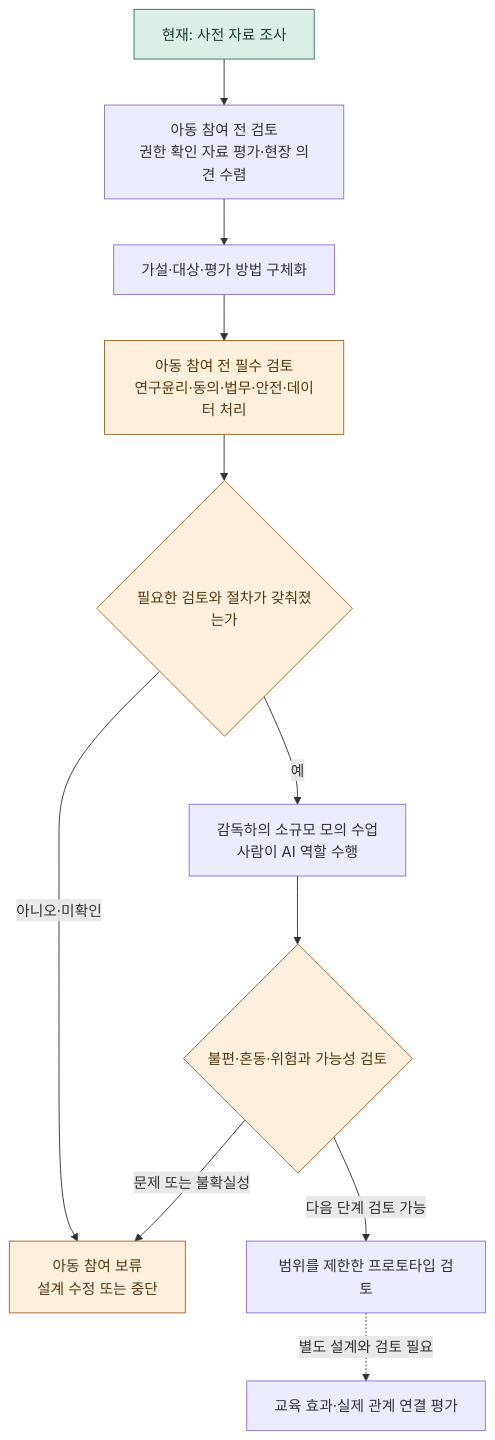
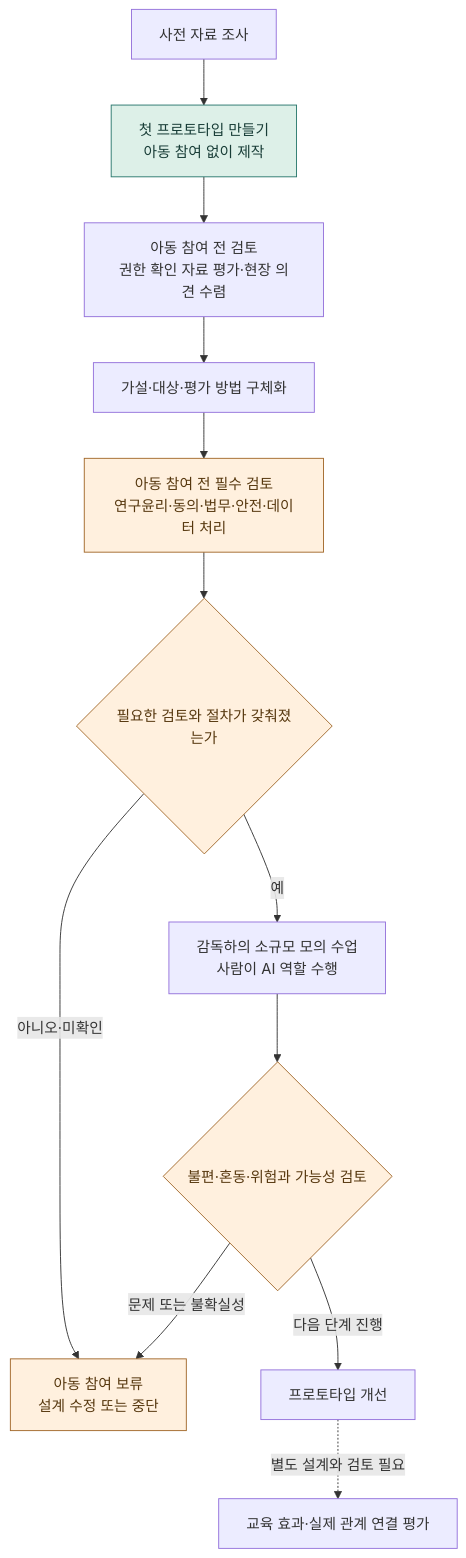
One commit to Nuung/seoro-class changed the diagram in docs/validation-roadmap.md. Above: the diagram before and after it, drawn with Mermaid. The commit also changed other lines of this file and 6 other files, not shown here.

````diff
--- a/docs/validation-roadmap.md
+++ b/docs/validation-roadmap.md
@@ -37,17 +38,18 @@
 ```mermaid
 flowchart TD
-    research["현재: 사전 자료 조사"] --> adult["아동 참여 전 검토<br/>권한 확인 자료 평가·현장 의견 수렴"]
+    research["사전 자료 조사"] --> build["첫 프로토타입 만들기<br/>아동 참여 없이 제작"]
+    build --> adult["아동 참여 전 검토<br/>권한 확인 자료 평가·현장 의견 수렴"]
     adult --> revise["가설·대상·평가 방법 구체화"]
     revise --> ethics["아동 참여 전 필수 검토<br/>연구윤리·동의·법무·안전·데이터 처리"]
     ethics --> gate{"필요한 검토와 절차가 갖춰졌는가"}
     gate -->|"아니오·미확인"| hold["아동 참여 보류<br/>설계 수정 또는 중단"]
     gate -->|"예"| pilot["감독하의 소규모 모의 수업<br/>사람이 AI 역할 수행"]
     pilot --> review{"불편·혼동·위험과 가능성 검토"}
     review -->|"문제 또는 불확실성"| hold
-    review -->|"다음 단계 검토 가능"| prototype["범위를 제한한 프로토타입 검토"]
-    prototype -. "별도 설계와 검토 필요" .-> outcome["교육 효과·실제 관계 연결 평가"]
+    review -->|"다음 단계 진행"| improve["프로토타입 개선"]
+    improve -. "별도 설계와 검토 필요" .-> outcome["교육 효과·실제 관계 연결 평가"]
     classDef current fill:#DDF0E8,stroke:#28776C,color:#183D37
     classDef pending fill:#FFF0DE,stroke:#A16729,color:#57380F
-    class research current
+    class build current
     class gate,hold,ethics,review pending
 ```
````
